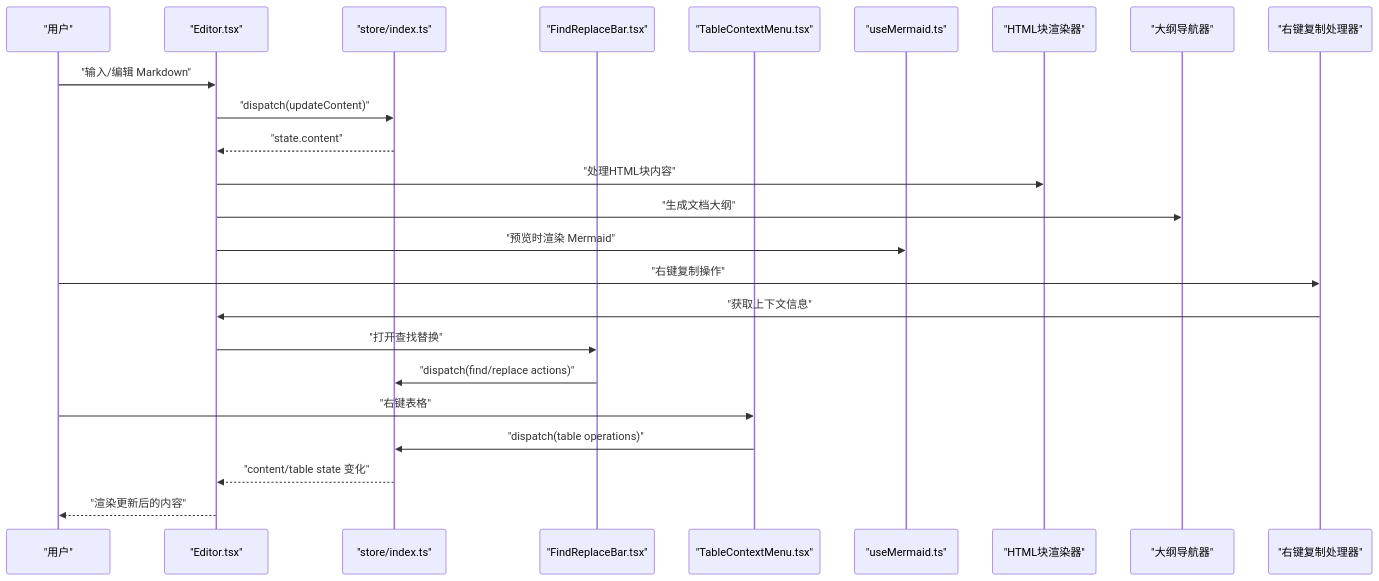
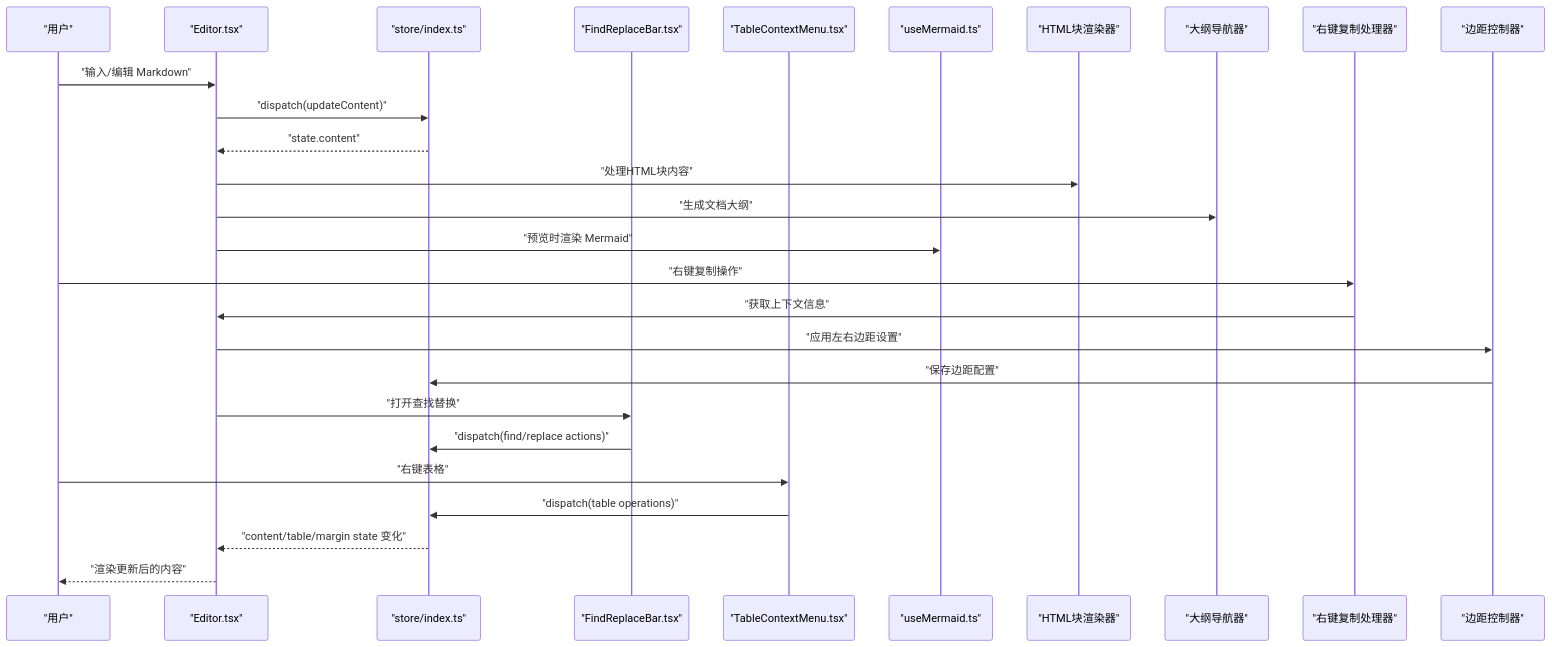
The second of 7 diagrams in .qoder/repowiki/zh/content/核心组件/编辑器组件.md (gongshiyun/ZenNote), drawn with Mermaid before and after one commit. The commit also changed other lines of this file and 30 other files, not shown here.

````diff
--- a/.qoder/repowiki/zh/content/核心组件/编辑器组件.md
+++ b/.qoder/repowiki/zh/content/核心组件/编辑器组件.md
@@ -134,26 +137,29 @@
 ```mermaid
 sequenceDiagram
 participant U as "用户"
 participant E as "Editor.tsx"
 participant S as "store/index.ts"
 participant F as "FindReplaceBar.tsx"
 participant T as "TableContextMenu.tsx"
 participant M as "useMermaid.ts"
 participant H as "HTML块渲染器"
 participant O as "大纲导航器"
 participant R as "右键复制处理器"
+participant MC as "边距控制器"
 U->>E : "输入/编辑 Markdown"
 E->>S : "dispatch(updateContent)"
 S-->>E : "state.content"
 E->>H : "处理HTML块内容"
 E->>O : "生成文档大纲"
 E->>M : "预览时渲染 Mermaid"
 U->>R : "右键复制操作"
 R->>E : "获取上下文信息"
+E->>MC : "应用左右边距设置"
+MC->>S : "保存边距配置"
 E->>F : "打开查找替换"
 F->>S : "dispatch(find/replace actions)"
 U->>T : "右键表格"
 T->>S : "dispatch(table operations)"
-S-->>E : "content/table state 变化"
+S-->>E : "content/table/margin state 变化"
 E-->>U : "渲染更新后的内容"
 ```
````
